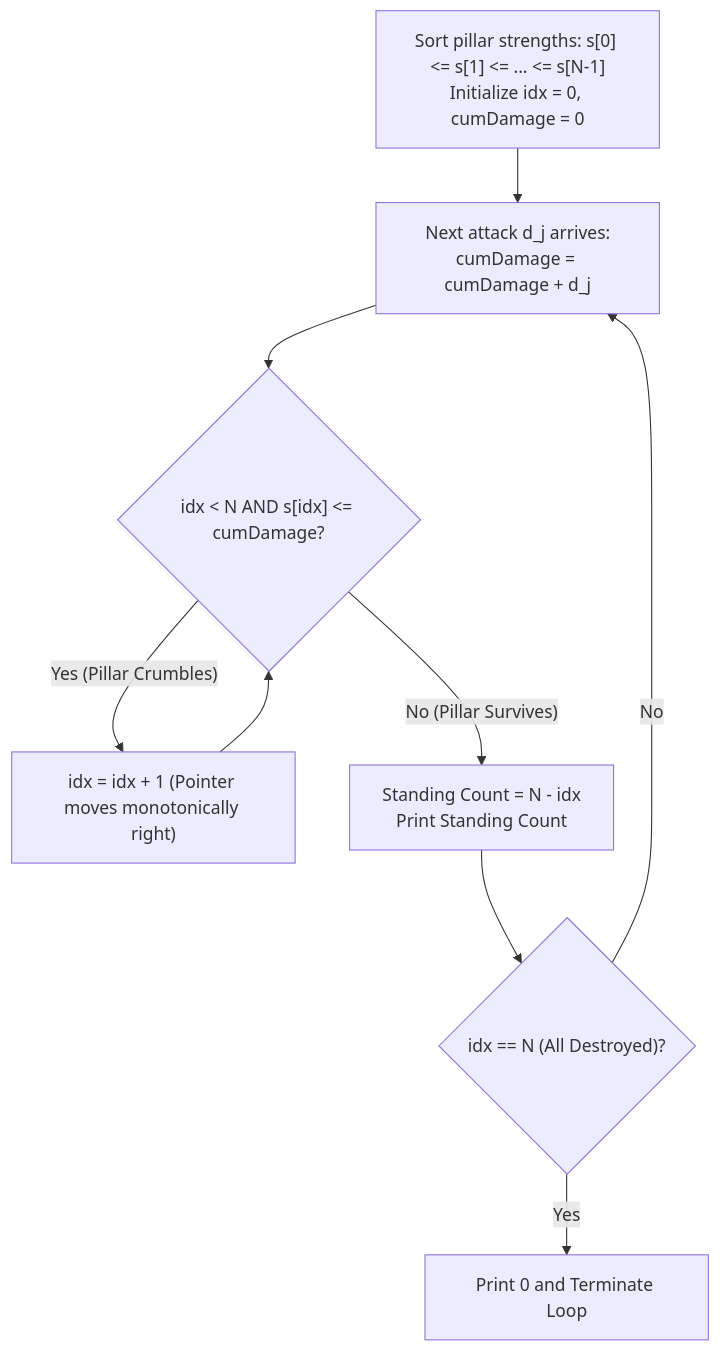
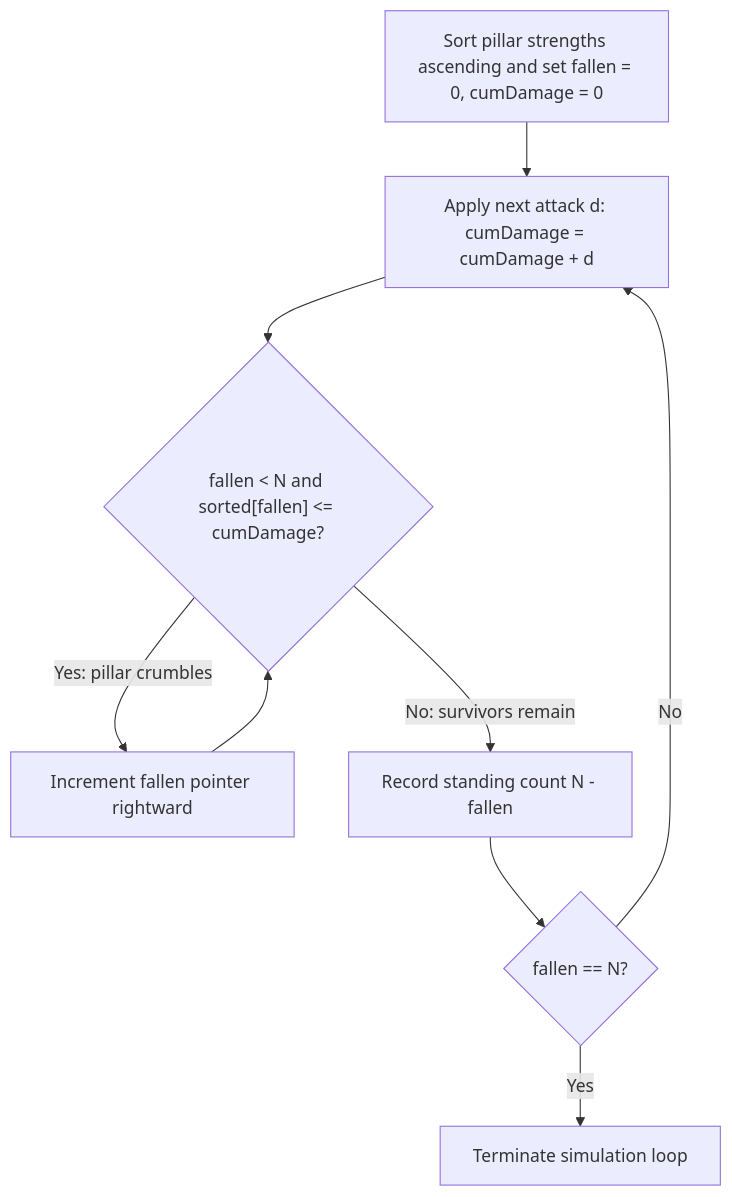
One commit to 2ru17/Project-Engram changed the first of 3 diagrams in content/Main Notes/3rd Year/Term 1/CSALGCM/Module 2 - Divide and Conquer/Problem Sets/[PS] Priestess Arcana Problems/05 - Shattering The Towers Of Algorythmos.md. Above: the diagram before and after it, drawn with Mermaid. The commit also changed other lines of this file and 84 other files, not shown here.

````diff
--- a/content/Main Notes/3rd Year/Term 1/CSALGCM/Module 2 - Divide and Conquer/Problem Sets/[PS] Priestess Arcana Problems/05 - Shattering The Towers Of Algorythmos.md
+++ b/content/Main Notes/3rd Year/Term 1/CSALGCM/Module 2 - Divide and Conquer/Problem Sets/[PS] Priestess Arcana Problems/05 - Shattering The Towers Of Algorythmos.md
@@ -60,11 +119,11 @@
 ```mermaid
 flowchart TD
-    SortPillars["Sort pillar strengths: s[0] <= s[1] <= ... <= s[N-1]<br/>Initialize idx = 0, cumDamage = 0"] --> AttackLoop["Next attack d_j arrives:<br/>cumDamage = cumDamage + d_j"]
-    AttackLoop --> PillarCheck{"idx < N AND s[idx] <= cumDamage?"}
-    PillarCheck -- "Yes (Pillar Crumbles)" --> IncIdx["idx = idx + 1 (Pointer moves monotonically right)"]
+    SortPillars["Sort pillar strengths ascending and set fallen = 0, cumDamage = 0"] --> AttackLoop["Apply next attack d: cumDamage = cumDamage + d"]
+    AttackLoop --> PillarCheck{"fallen < N and sorted[fallen] <= cumDamage?"}
+    PillarCheck -->|"Yes: pillar crumbles"| IncIdx["Increment fallen pointer rightward"]
     IncIdx --> PillarCheck
-    PillarCheck -- "No (Pillar Survives)" --> ReportStanding["Standing Count = N - idx<br/>Print Standing Count"]
-    ReportStanding --> TowerFell{"idx == N (All Destroyed)?"}
-    TowerFell -- "Yes" --> Terminate["Print 0 and Terminate Loop"]
-    TowerFell -- "No" --> AttackLoop
+    PillarCheck -->|"No: survivors remain"| ReportStanding["Record standing count N - fallen"]
+    ReportStanding --> TowerFell{"fallen == N?"}
+    TowerFell -->|"Yes"| Terminate["Terminate simulation loop"]
+    TowerFell -->|"No"| AttackLoop
 ```
````
